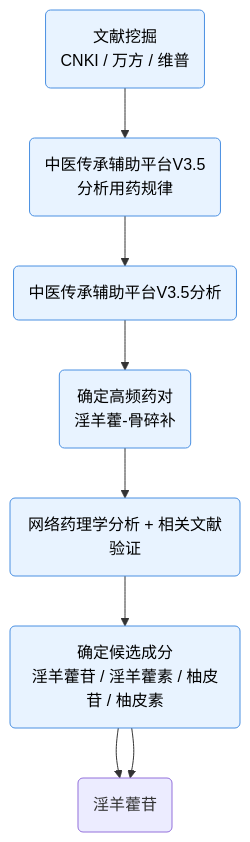
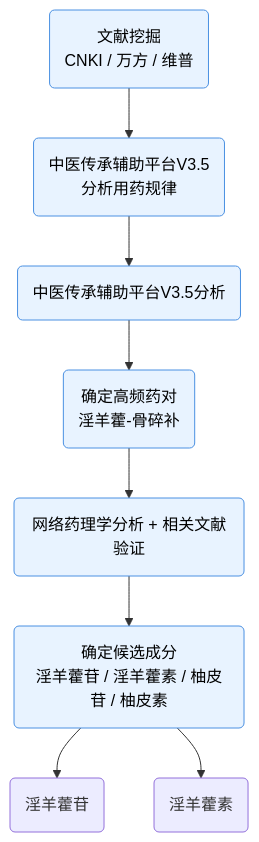
One commit to Yaotian99/iodraw-files changed the diagram in all/未命名-1.md. Above: the diagram before and after it, drawn with Mermaid.

Commit message:
2026-06-24 09:04:16 update

````diff
--- a/all/未命名-1.md
+++ b/all/未命名-1.md
@@ -1,20 +1,20 @@
 ```mermaid
 graph TD
 
 A1(文献挖掘<br/>CNKI / 万方 / 维普) --> A2(中医传承辅助平台V3.5<br/>分析用药规律)
 A2 --> A3(中医传承辅助平台V3.5分析)
 A3 --> A4(确定高频药对<br/>淫羊藿-骨碎补)
 A4 --> A5(网络药理学分析 + 相关文献验证)
 A5 --> A6(确定候选成分<br/>淫羊藿苷 / 淫羊藿素 / 柚皮苷 / 柚皮素)
 A6 --> A71(淫羊藿苷)
-A6 --> A71(淫羊藿苷)
+A6 --> A72(淫羊藿素)
 
 classDef basis fill:#E8F3FF,stroke:#4A90E2,stroke-width:1px,color:#000;
 classDef network fill:#EAF8EF,stroke:#43A047,stroke-width:1px,color:#000;
 classDef result fill:#FFECEC,stroke:#E53935,stroke-width:1px,color:#000;
 
 class A1,A2,A3,A4,A5,A6 basis;
 class B1,B2,B3,B4,B5,B6 network;
 class C1,C2,C3 result;
   
 ```
````
